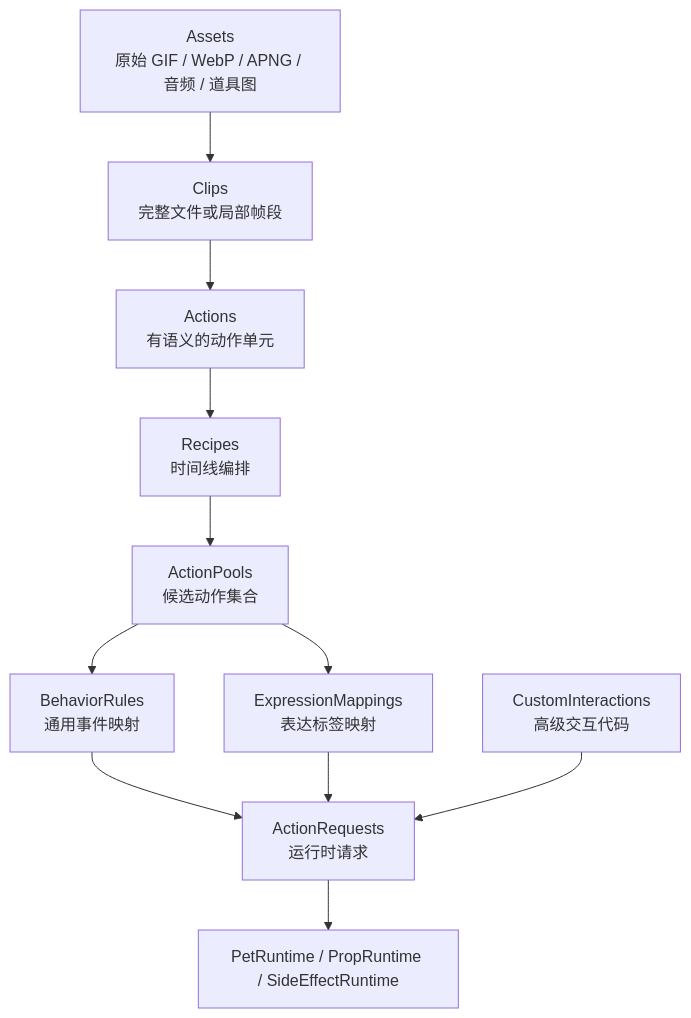
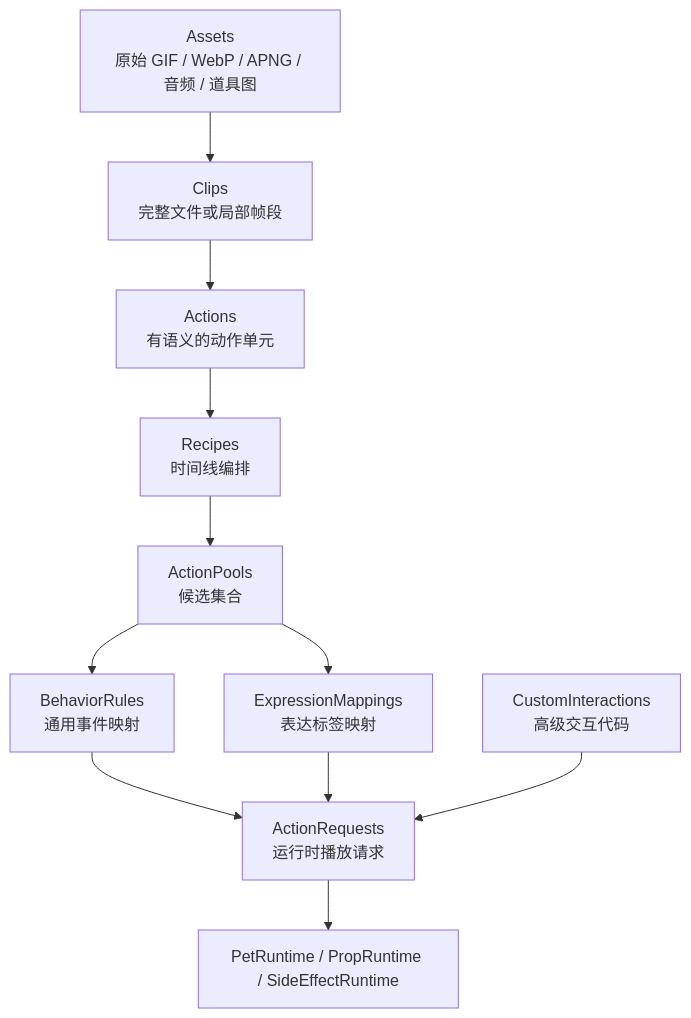
The first of 4 diagrams in docs/v2/设计方案/皮肤包播放行为设计.md (tiantian180/MilesEdgeworth), drawn with Mermaid before and after one commit. The commit also changed other lines of this file and 19 other files, not shown here.

````diff
--- a/docs/v2/设计方案/皮肤包播放行为设计.md
+++ b/docs/v2/设计方案/皮肤包播放行为设计.md
@@ -73,21 +41,21 @@
 ```mermaid
 flowchart TD
     A["Assets<br/>原始 GIF / WebP / APNG / 音频 / 道具图"]
     C["Clips<br/>完整文件或局部帧段"]
     AC["Actions<br/>有语义的动作单元"]
     R["Recipes<br/>时间线编排"]
-    P["ActionPools<br/>候选动作集合"]
+    P["ActionPools<br/>候选集合"]
     B["BehaviorRules<br/>通用事件映射"]
     E["ExpressionMappings<br/>表达标签映射"]
     I["CustomInteractions<br/>高级交互代码"]
-    Q["ActionRequests<br/>运行时请求"]
+    Q["ActionRequests<br/>运行时播放请求"]
     RT["PetRuntime / PropRuntime / SideEffectRuntime"]
 
     A --> C --> AC --> R --> P
     P --> B
     P --> E
     B --> Q
     E --> Q
     I --> Q
     Q --> RT
 ```
````
